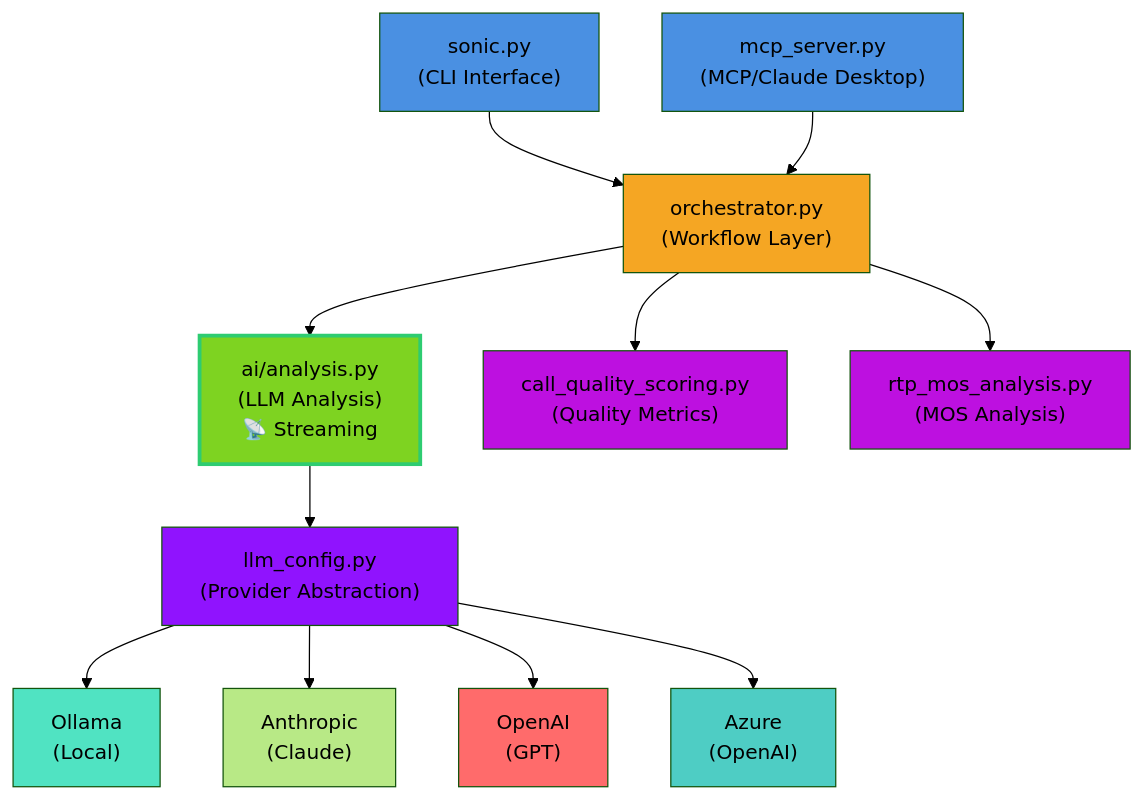
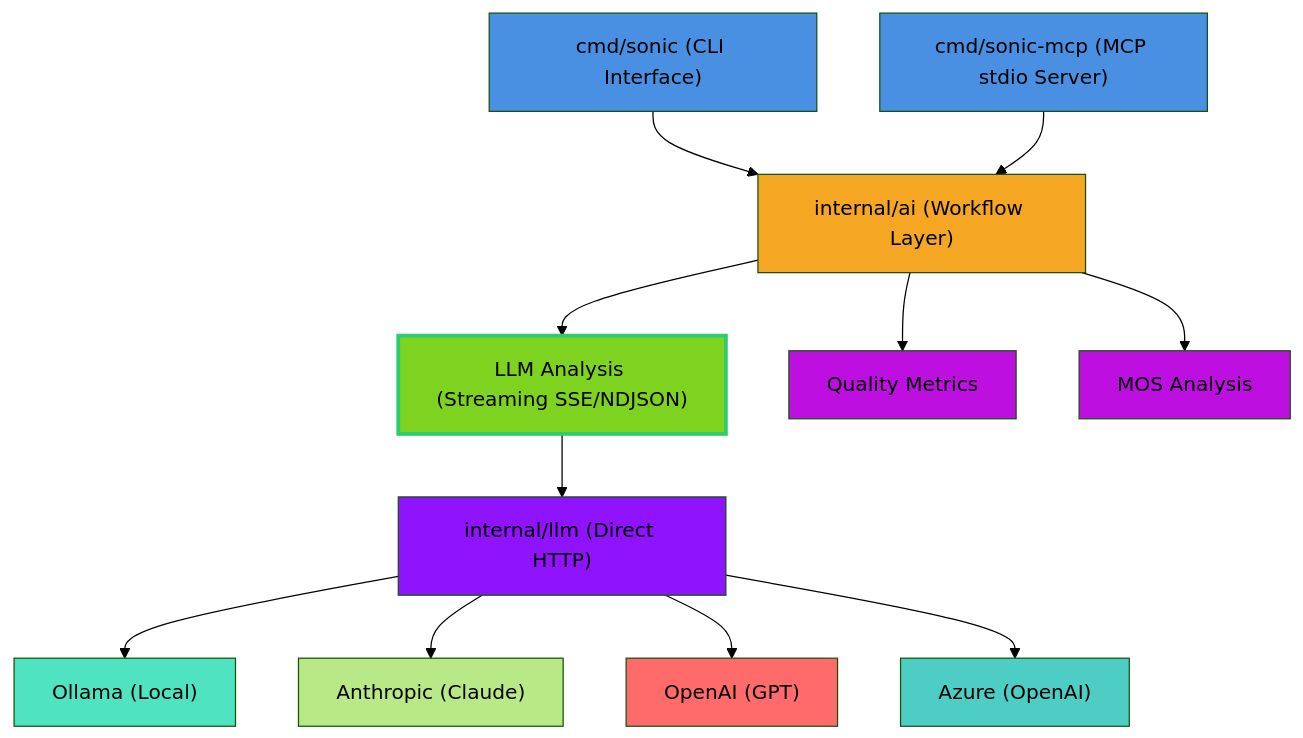
One commit to zombat/sonic changed the first of 3 diagrams in MCP_INTEGRATION_PLAN.md. Above: the diagram before and after it, drawn with Mermaid (forest theme). The commit also changed 7 other files, not shown here.

````diff
--- a/MCP_INTEGRATION_PLAN.md
+++ b/MCP_INTEGRATION_PLAN.md
@@ -777,31 +777,31 @@
 ```mermaid
 graph TB
-    CLI["sonic.py<br/>(CLI Interface)"]
-    MCP["mcp_server.py<br/>(MCP/Claude Desktop)"]
+    CLI["cmd/sonic (CLI Interface)"]
+    MCP["cmd/sonic-mcp (MCP stdio Server)"]
     
-    CLI --> ORCH["orchestrator.py<br/>(Workflow Layer)"]
+    CLI --> ORCH["internal/ai (Workflow Layer)"]
     MCP --> ORCH
     
-    ORCH --> AI["ai/analysis.py<br/>(LLM Analysis)<br/>📡 Streaming"]
-    ORCH --> QC["call_quality_scoring.py<br/>(Quality Metrics)"]
-    ORCH --> MOS["rtp_mos_analysis.py<br/>(MOS Analysis)"]
+    ORCH --> AI["LLM Analysis (Streaming SSE/NDJSON)"]
+    ORCH --> QC["Quality Metrics"]
+    ORCH --> MOS["MOS Analysis"]
     
-    AI --> LLM["llm_config.py<br/>(Provider Abstraction)"]
+    AI --> LLM["internal/llm (Direct HTTP)"]
     
-    LLM --> OLLAMA["Ollama<br/>(Local)"]
-    LLM --> CLAUDE["Anthropic<br/>(Claude)"]
-    LLM --> GPT["OpenAI<br/>(GPT)"]
-    LLM --> AZURE["Azure<br/>(OpenAI)"]
+    LLM --> OLLAMA["Ollama (Local)"]
+    LLM --> CLAUDE["Anthropic (Claude)"]
+    LLM --> GPT["OpenAI (GPT)"]
+    LLM --> AZURE["Azure (OpenAI)"]
     
     style CLI fill:#4A90E2
     style MCP fill:#4A90E2
     style ORCH fill:#F5A623
     style AI fill:#7ED321,stroke:#2ECC71,stroke-width:3px
     style QC fill:#BD10E0
     style MOS fill:#BD10E0
     style LLM fill:#9013FE
     style OLLAMA fill:#50E3C2
     style CLAUDE fill:#B8E986
     style GPT fill:#FF6B6B
     style AZURE fill:#4ECDC4
 ```
````
